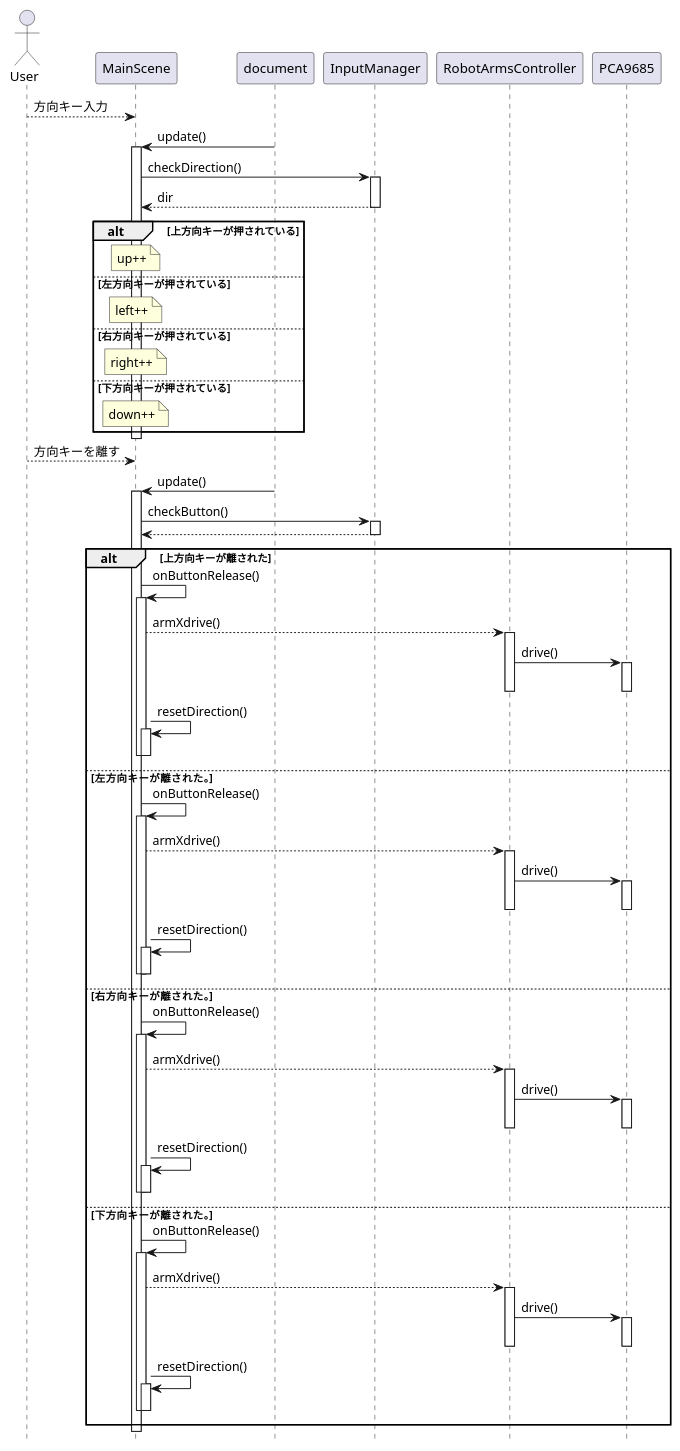
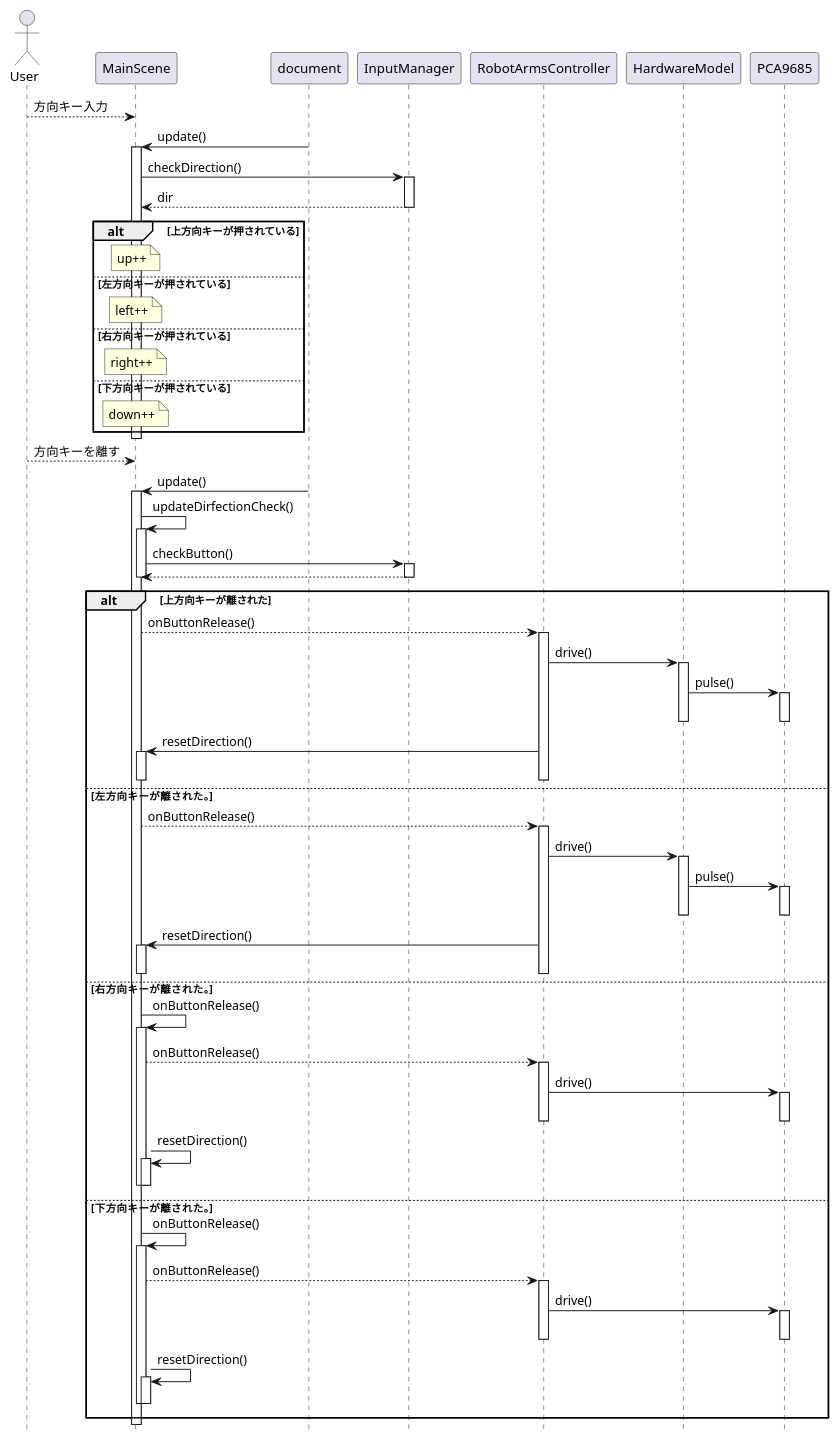
Before and after one commit to nakagawa-takayoshi/FishingGame: the sixth of 6 diagrams in documents/設計書.md, drawn with PlantUML. The commit also changed other lines of this file and 4 other files, not shown here.

```diff
--- a/documents/設計書.md
+++ b/documents/設計書.md
@@ -489,41 +502,44 @@
 
     document -> MainScene : update()
     activate MainScene
-        MainScene -> InputManager : checkButton()
-        activate InputManager
-            MainScene <-- InputManager : 
-        deactivate InputManager
+        MainScene -> MainScene : updateDirfectionCheck()
+        activate MainScene
+            MainScene -> InputManager : checkButton()
+            activate InputManager
+                MainScene <-- InputManager : 
+            deactivate InputManager
+        deactivate MainScene
 
         alt 上方向キーが離された
-            MainScene -> MainScene : onButtonRelease()
-            activate MainScene
-                MainScene --> RobotArmsController : armXdrive()
-                activate RobotArmsController
-                    RobotArmsController -> PCA9685 : drive()
+            MainScene --> RobotArmsController : onButtonRelease()
+            activate RobotArmsController
+                RobotArmsController -> HardwareModel : drive()
+                activate HardwareModel
+                    HardwareModel -> PCA9685 : pulse()
                     activate PCA9685
                     deactivate PCA9685
-                deactivate RobotArmsController
-                MainScene -> MainScene : resetDirection()
+                deactivate HardwareModel
+                RobotArmsController -> MainScene : resetDirection()
                 activate MainScene
                 deactivate MainScene
-            deactivate MainScene
+            deactivate RobotArmsController
         else 左方向キーが離された。
-            MainScene -> MainScene : onButtonRelease()
-            activate MainScene
-                MainScene --> RobotArmsController : armXdrive()
-                activate RobotArmsController
-                    RobotArmsController -> PCA9685 : drive()
+            MainScene --> RobotArmsController : onButtonRelease()
+            activate RobotArmsController
+                RobotArmsController -> HardwareModel : drive()
+                activate HardwareModel
+                    HardwareModel -> PCA9685 : pulse()
                     activate PCA9685
                     deactivate PCA9685
-                deactivate RobotArmsController
-                MainScene -> MainScene : resetDirection()
+                deactivate HardwareModel
+                RobotArmsController -> MainScene : resetDirection()
                 activate MainScene
                 deactivate MainScene
-            deactivate MainScene
+            deactivate RobotArmsController
         else 右方向キーが離された。
             MainScene -> MainScene : onButtonRelease()
             activate MainScene
-                MainScene --> RobotArmsController : armXdrive()
+                MainScene --> RobotArmsController : onButtonRelease()
                 activate RobotArmsController
                     RobotArmsController -> PCA9685 : drive()
                     activate PCA9685
@@ -536,7 +552,7 @@
         else 下方向キーが離された。
             MainScene -> MainScene : onButtonRelease()
             activate MainScene
-                MainScene --> RobotArmsController : armXdrive()
+                MainScene --> RobotArmsController : onButtonRelease()
                 activate RobotArmsController
                     RobotArmsController -> PCA9685 : drive()
                     activate PCA9685
```
